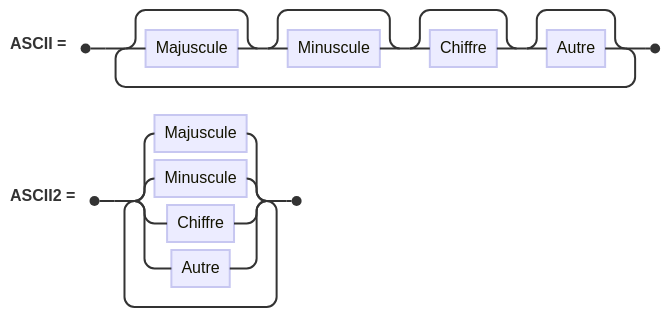
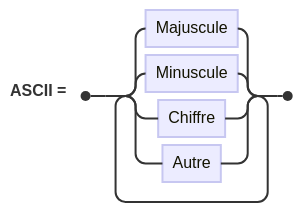
The second of 8 diagrams in library/books/SyntaxeDuBasic.md (VFD/SanyoPHC25), drawn with Mermaid before and after one commit. The commit also changed other lines of this file, not shown here.

````diff
--- a/library/books/SyntaxeDuBasic.md
+++ b/library/books/SyntaxeDuBasic.md
@@ -53,7 +53,5 @@
 ```mermaid
 railroad-peg-beta
 
-ASCII <- ( Majuscule? Minuscule? Chiffre? Autre? )+ ; 
-
-ASCII2 <- ( Majuscule / Minuscule / Chiffre / Autre )+ ;
+ASCII <- ( Majuscule / Minuscule / Chiffre / Autre )+ ;
 ```
````
